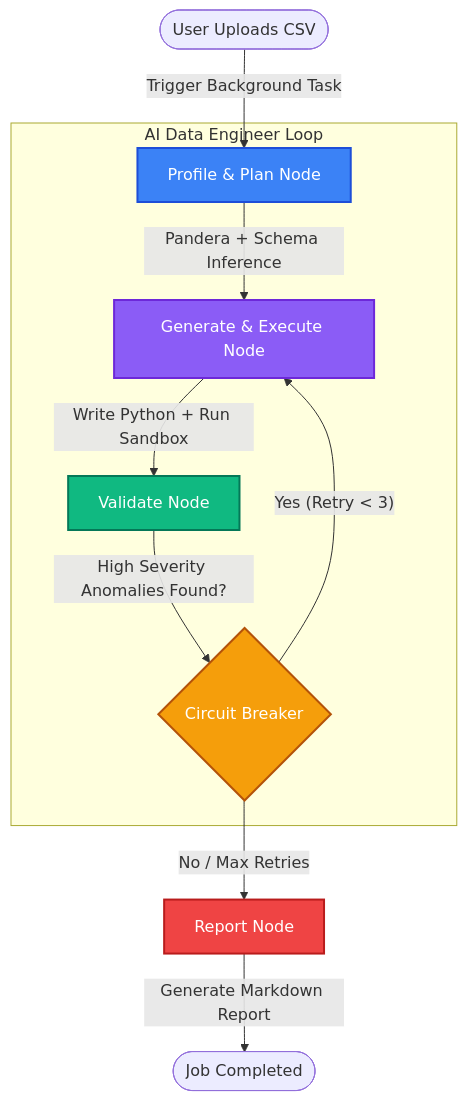
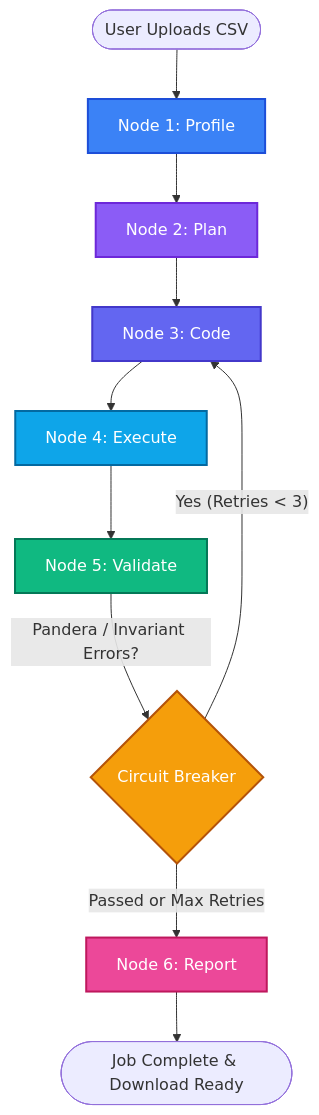
One commit to mkathir0/Agentic-Data-Preprocessing-System. changed the diagram in README.md. Above: the diagram before and after it, drawn with Mermaid. The commit also changed other lines of this file, not shown here.

````diff
--- a/README.md
+++ b/README.md
@@ -30,21 +42,21 @@
 ```mermaid
 graph TD
-    A([User Uploads CSV]) -->|Trigger Background Task| B[Profile & Plan Node]
+    A([User Uploads CSV]) --> B[Node 1: Profile]
+    B --> C[Node 2: Plan]
+    C --> D[Node 3: Code]
+    D --> E[Node 4: Execute]
+    E --> F[Node 5: Validate]
     
-    subgraph AI Data Engineer Loop
-        B -->|Pandera + Schema Inference| C[Generate & Execute Node]
-        C -->|Write Python + Run Sandbox| D[Validate Node]
-        
-        D -->|High Severity Anomalies Found?| E{Circuit Breaker}
-        E -->|"Yes (Retry &lt; 3)"| C
-    end
-    
-    E -->|No / Max Retries| F[Report Node]
-    F -->|Generate Markdown Report| G([Job Completed])
+    F -->|Pandera / Invariant Errors?| G{Circuit Breaker}
+    G -->|"Yes (Retries &lt; 3)"| D
+    G -->|"Passed or Max Retries"| H[Node 6: Report]
+    H --> I([Job Complete & Download Ready])
     
     style B fill:#3b82f6,stroke:#1d4ed8,stroke-width:2px,color:#fff
     style C fill:#8b5cf6,stroke:#6d28d9,stroke-width:2px,color:#fff
-    style D fill:#10b981,stroke:#047857,stroke-width:2px,color:#fff
-    style E fill:#f59e0b,stroke:#b45309,stroke-width:2px,color:#fff
-    style F fill:#ef4444,stroke:#b91c1c,stroke-width:2px,color:#fff
+    style D fill:#6366f1,stroke:#4338ca,stroke-width:2px,color:#fff
+    style E fill:#0ea5e9,stroke:#0369a1,stroke-width:2px,color:#fff
+    style F fill:#10b981,stroke:#047857,stroke-width:2px,color:#fff
+    style G fill:#f59e0b,stroke:#b45309,stroke-width:2px,color:#fff
+    style H fill:#ec4899,stroke:#be185d,stroke-width:2px,color:#fff
 ```
````
